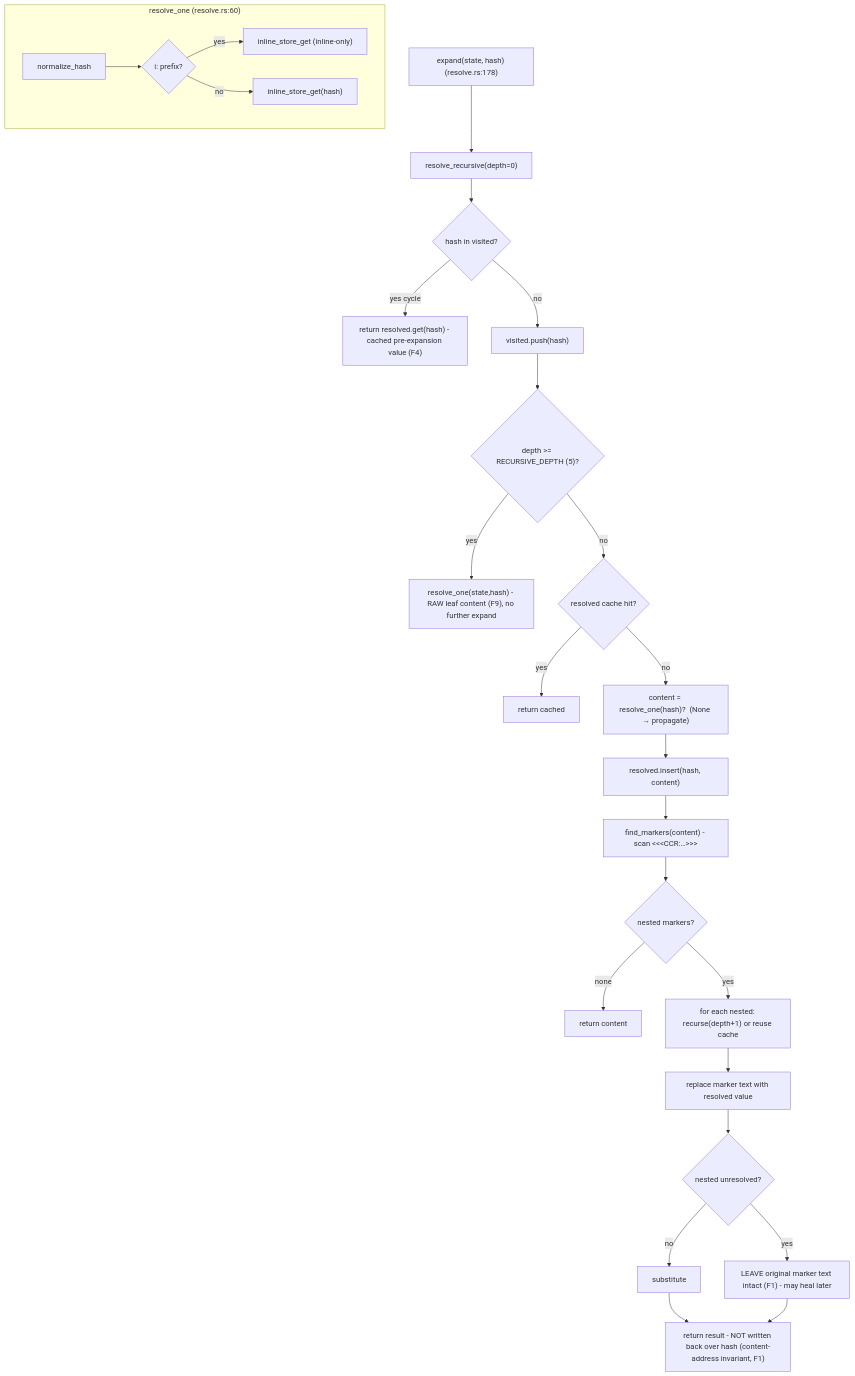
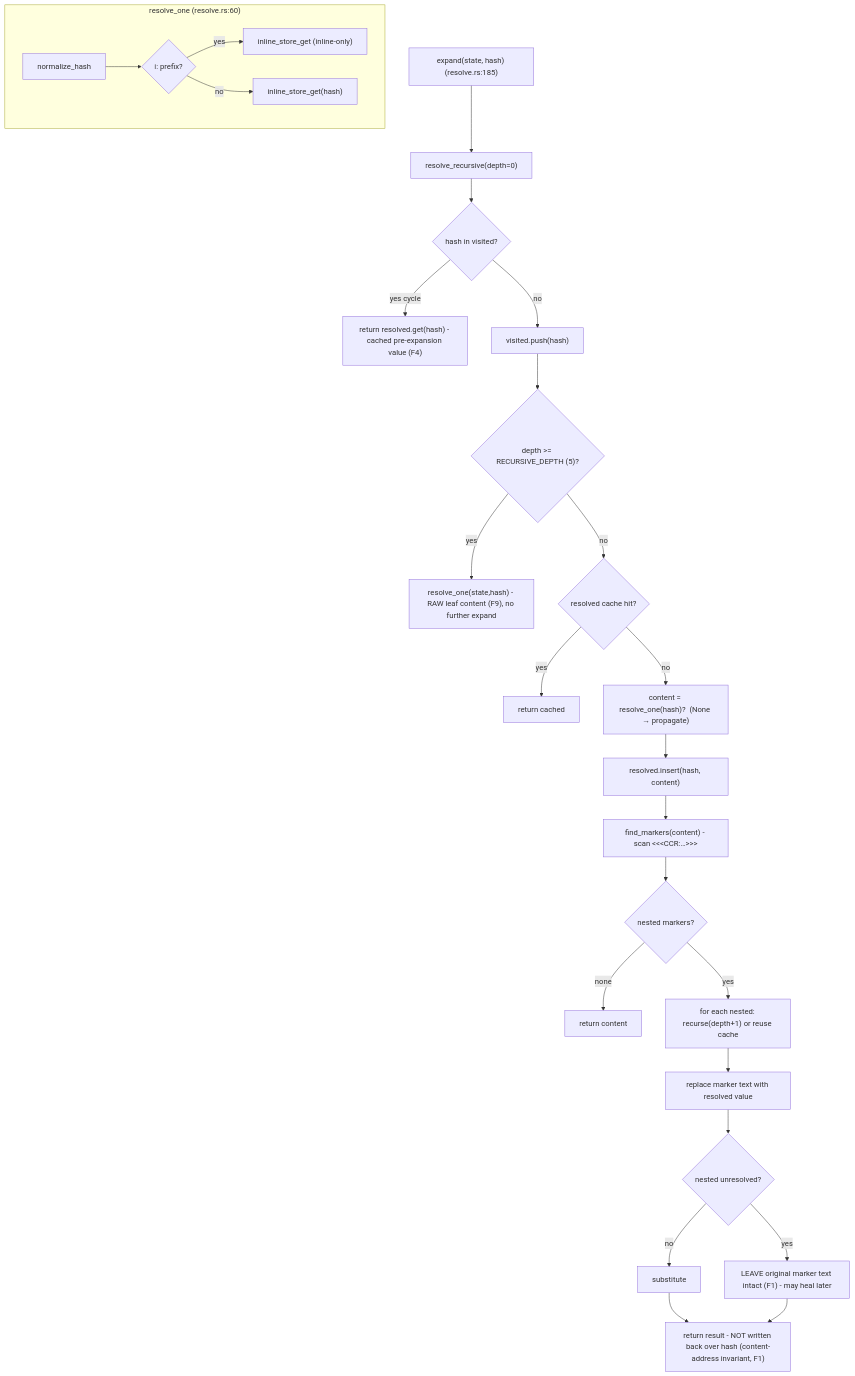
Before and after one commit to PlayForm/Aphrodite: the second of 2 diagrams in .hermes/uml/03-retrieve.md, drawn with Mermaid. The commit also changed other lines of this file and 20 other files, not shown here.

````diff
--- a/.hermes/uml/03-retrieve.md
+++ b/.hermes/uml/03-retrieve.md
@@ -58,29 +58,29 @@
 ```mermaid
 flowchart TD
-    A["expand(state, hash) (resolve.rs:178)"] --> B["resolve_recursive(depth=0)"]
+    A["expand(state, hash) (resolve.rs:185)"] --> B["resolve_recursive(depth=0)"]
     B --> C{"hash in visited?"}
     C -->|yes cycle| D["return resolved.get(hash) - cached pre-expansion value (F4)"]
     C -->|no| E["visited.push(hash)"]
     E --> F{"depth >= RECURSIVE_DEPTH (5)?"}
     F -->|yes| G["resolve_one(state,hash) - RAW leaf content (F9), no further expand"]
     F -->|no| H{"resolved cache hit?"}
     H -->|yes| I["return cached"]
     H -->|no| J["content = resolve_one(hash)?  (None → propagate)"]
     J --> K["resolved.insert(hash, content)"]
     K --> L["find_markers(content) - scan &lt;&lt;&lt;CCR:…&gt;&gt;&gt;"]
     L --> M{"nested markers?"}
     M -->|none| N["return content"]
     M -->|yes| O["for each nested: recurse(depth+1) or reuse cache"]
     O --> P["replace marker text with resolved value"]
     P --> Q{"nested unresolved?"}
     Q -->|yes| R["LEAVE original marker text intact (F1) - may heal later"]
     Q -->|no| S["substitute"]
     S --> T["return result - NOT written back over hash (content-address invariant, F1)"]
     R --> T
 
     subgraph resolve_one["resolve_one (resolve.rs:60)"]
       RA["normalize_hash"] --> RB{"i: prefix?"}
       RB -->|yes| RC["inline_store_get (inline-only)"]
       RB -->|no| RD["inline_store_get(hash)"]
     end
 ```
````
